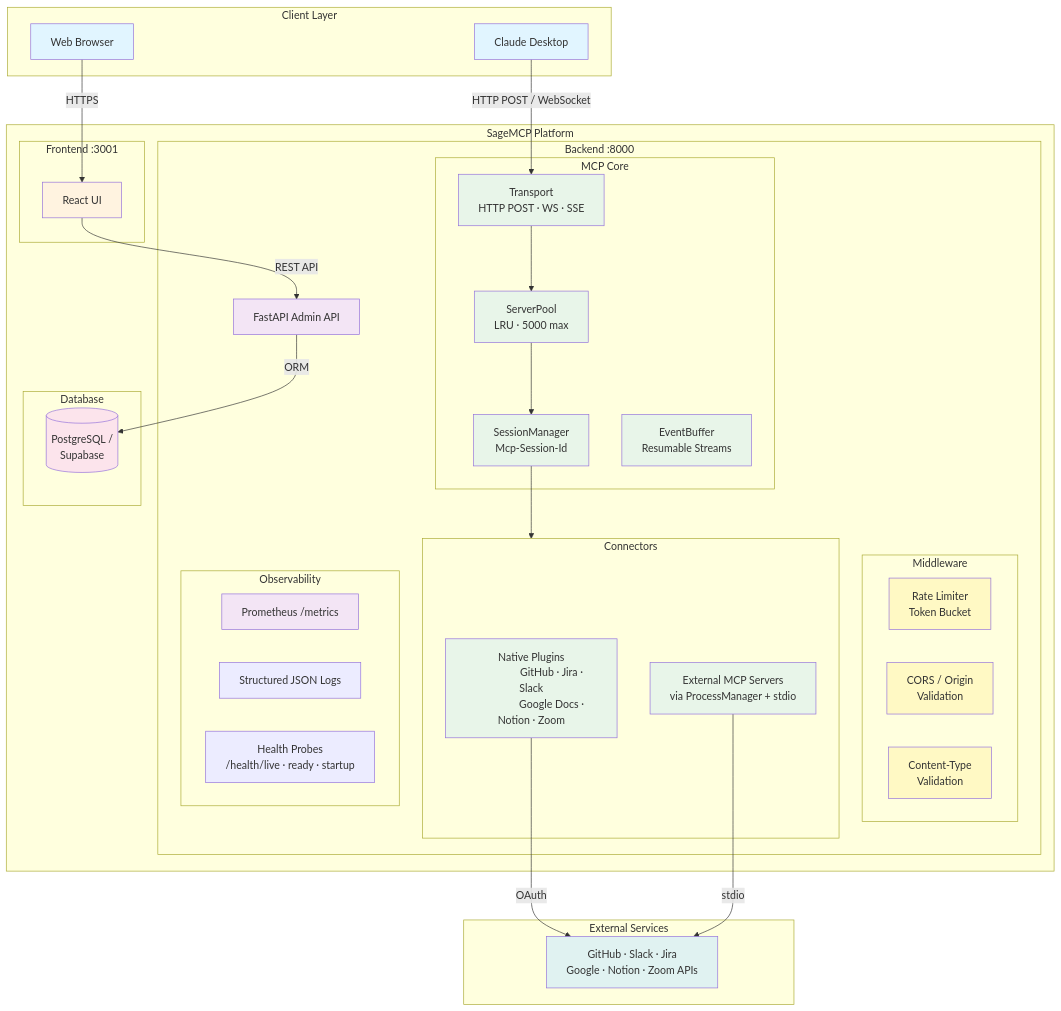
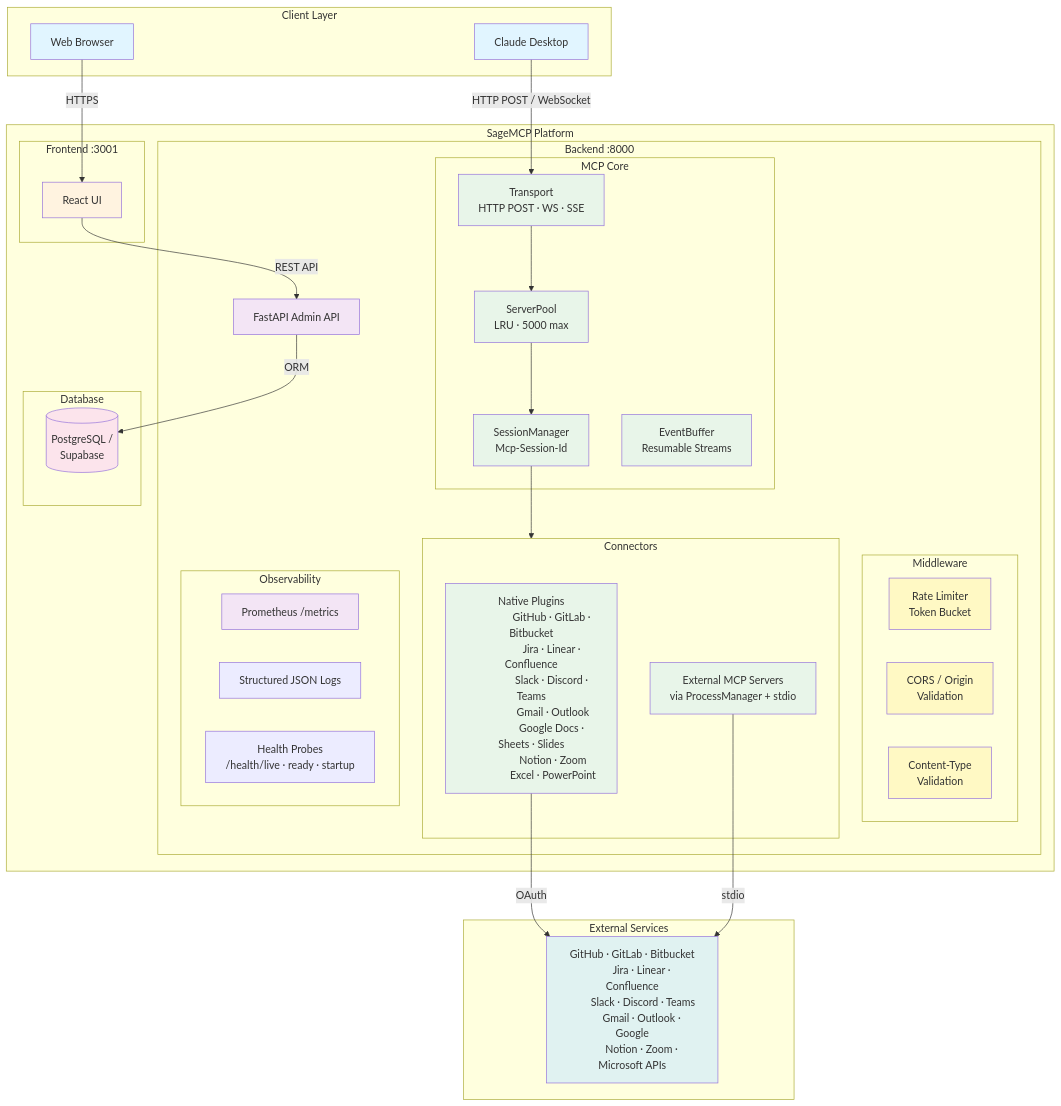
One commit to sagemcp/sagemcp changed the diagram in README.md. Above: the diagram before and after it, drawn with Mermaid. The commit also changed other lines of this file and 13 other files, not shown here.

First line of the commit message:
docs: Update README and architecture docs for 18-connector ecosystem

```diff
--- a/README.md
+++ b/README.md
@@ -71,8 +71,13 @@
 
             subgraph Connectors["Connectors"]
                 NATIVE["Native Plugins
-                GitHub · Jira · Slack
-                Google Docs · Notion · Zoom"]
+                GitHub · GitLab · Bitbucket
+                Jira · Linear · Confluence
+                Slack · Discord · Teams
+                Gmail · Outlook
+                Google Docs · Sheets · Slides
+                Notion · Zoom
+                Excel · PowerPoint"]
                 EXT_MCP["External MCP Servers
                 via ProcessManager + stdio"]
             end
@@ -92,8 +97,11 @@
     end
 
     subgraph External["External Services"]
-        EXT["GitHub · Slack · Jira
-        Google · Notion · Zoom APIs"]
+        EXT["GitHub · GitLab · Bitbucket
+        Jira · Linear · Confluence
+        Slack · Discord · Teams
+        Gmail · Outlook · Google
+        Notion · Zoom · Microsoft APIs"]
     end
 
     CD -->|"HTTP POST / WebSocket"| TRANSPORT
```
